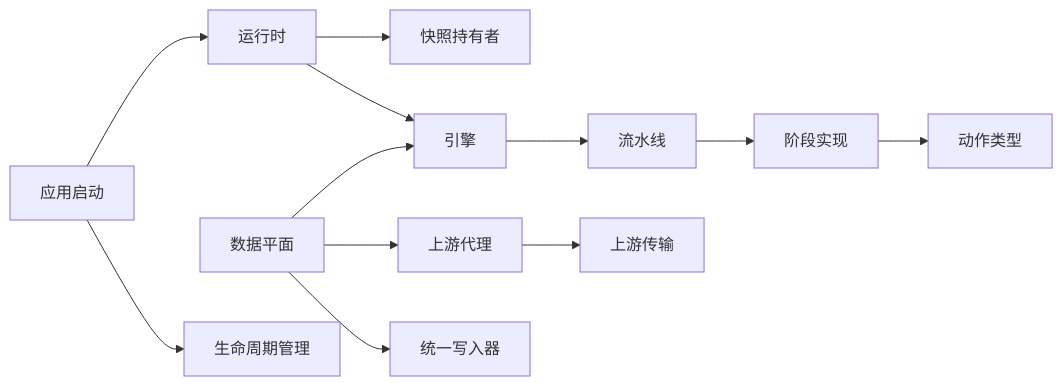
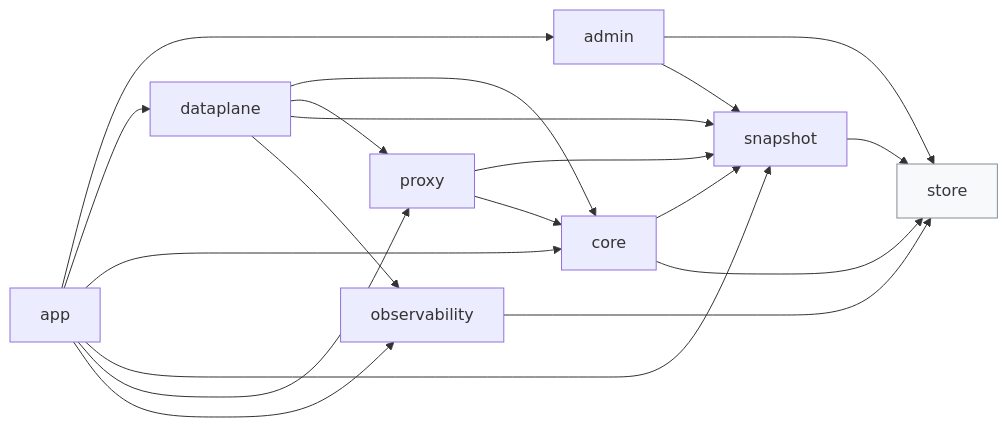
Before and after one commit to x01n/My-OpenWaf: the eighth of 8 diagrams in docs/系统架构设计/组件关系图.md, drawn with Mermaid. The commit also changed other lines of this file and 622 other files, not shown here.

````diff
--- a/docs/系统架构设计/组件关系图.md
+++ b/docs/系统架构设计/组件关系图.md
@@ -452,14 +545,23 @@
 ```mermaid
 graph LR
-APP["应用启动"] --> RT["运行时"]
-RT --> SNAP["快照持有者"]
-RT --> ENG["引擎"]
-ENG --> PIPE["流水线"]
-PIPE --> PH["阶段实现"]
-PH --> ACT["动作类型"]
-DP["数据平面"] --> ENG
-DP --> PRX["上游代理"]
-PRX --> UPTR["上游传输"]
-DP --> UWR["统一写入器"]
-APP --> LIFE["生命周期管理"]
+  APP["app"] --> ADM["admin"]
+  APP --> DP["dataplane"]
+  APP --> CR["core"]
+  APP --> SN["snapshot"]
+  APP --> PX["proxy"]
+  APP --> OB["observability"]
+  ADM --> ST["store"]
+  ADM --> SN
+  DP --> CR
+  DP --> PX
+  DP --> SN
+  DP --> OB
+  CR --> SN
+  CR --> ST
+  PX --> SN
+  PX --> CR
+  OB --> ST
+  SN --> ST
+  classDef leaf fill:#f8f9fa,stroke:#868e96,color:#343a40
+  ST:::leaf
 ```
````
